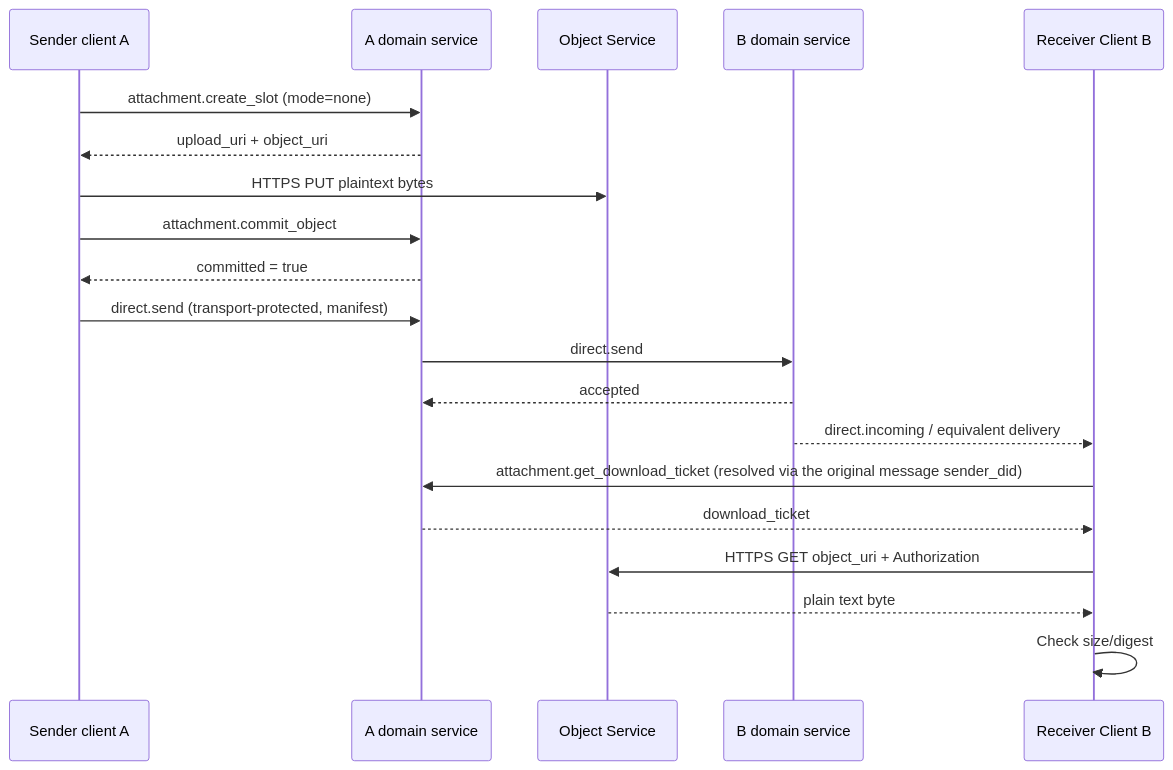
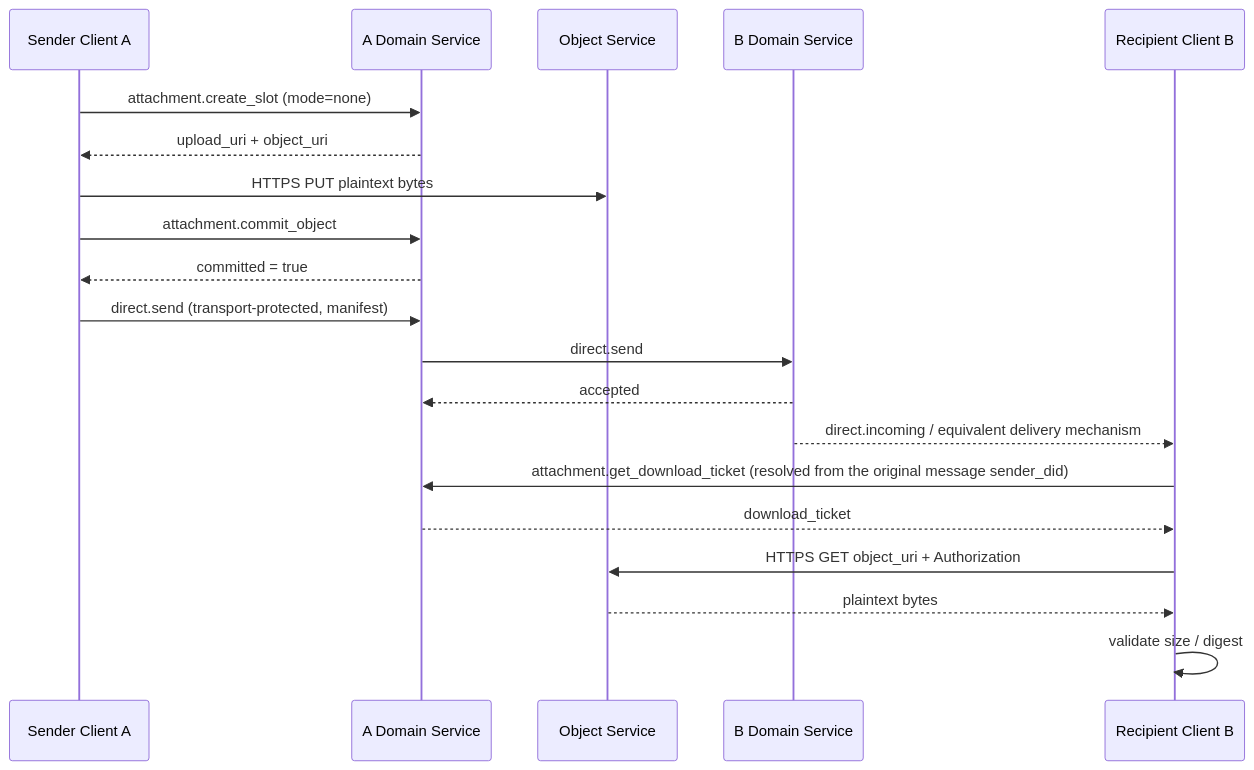
The second of 5 diagrams in message/07-attachments-and-object-transfer.md (NeatNerdPrime/AgentNetworkProtocol), drawn with Mermaid before and after one commit. The commit also changed other lines of this file and 7 other files, not shown here.

````diff
--- a/message/07-attachments-and-object-transfer.md
+++ b/message/07-attachments-and-object-transfer.md
@@ -194,23 +194,23 @@
 ```mermaid
 sequenceDiagram
-    participant A as Sender client A
-    participant AS as A domain service
+    participant A as Sender Client A
+    participant AS as A Domain Service
     participant OS as Object Service
-    participant BS as B domain service
-    participant B as Receiver Client B
+    participant BS as B Domain Service
+    participant B as Recipient Client B
 
     A->>AS: attachment.create_slot (mode=none)
     AS-->>A: upload_uri + object_uri
     A->>OS: HTTPS PUT plaintext bytes
     A->>AS: attachment.commit_object
     AS-->>A: committed = true
     A->>AS: direct.send (transport-protected, manifest)
     AS->>BS: direct.send
     BS-->>AS: accepted
-    BS-->>B: direct.incoming / equivalent delivery
-    B->>AS: attachment.get_download_ticket (resolved via the original message sender_did)
+    BS-->>B: direct.incoming / equivalent delivery mechanism
+    B->>AS: attachment.get_download_ticket (resolved from the original message sender_did)
     AS-->>B: download_ticket
     B->>OS: HTTPS GET object_uri + Authorization
-    OS-->>B: plain text byte
-    B->>B: Check size/digest
+    OS-->>B: plaintext bytes
+    B->>B: validate size / digest
 ```
````
